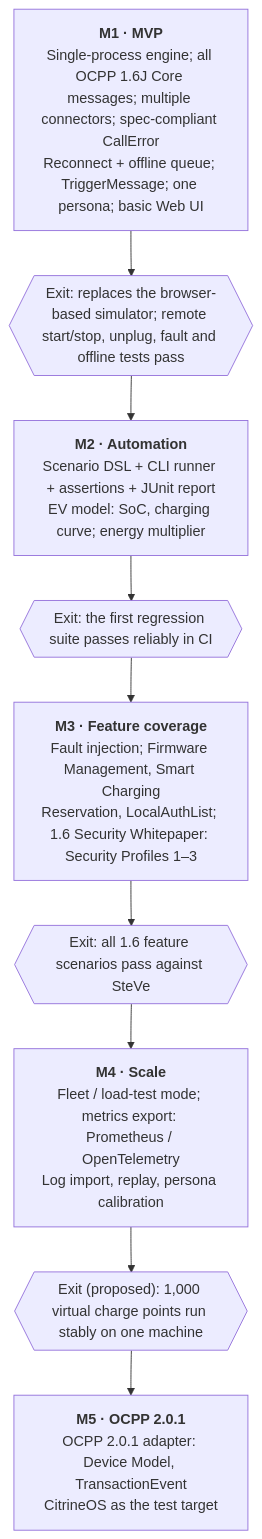
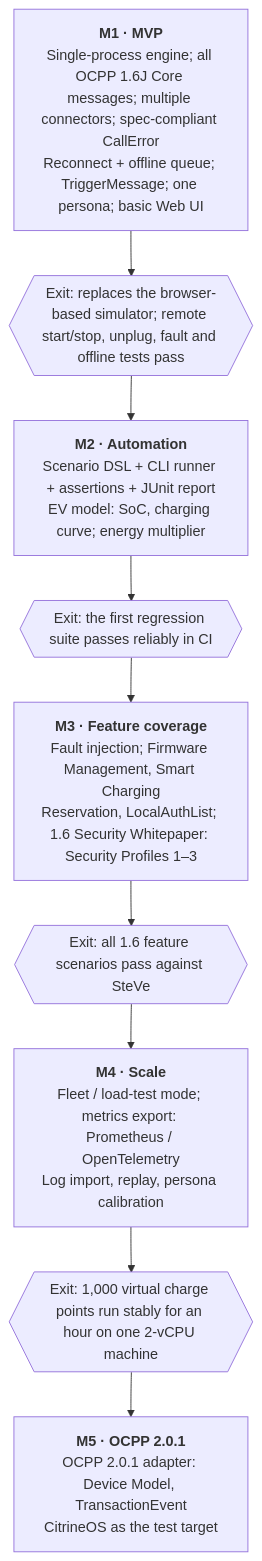
One commit to JasonKong/ocpp-mimic changed the second of 2 diagrams in docs/design.md. Above: the diagram before and after it, drawn with Mermaid. The commit also changed other lines of this file and 6 other files, not shown here.

````diff
--- a/docs/design.md
+++ b/docs/design.md
@@ -621,13 +771,13 @@
 ```mermaid
 flowchart TB
   M1["<b>M1 · MVP</b><br/>Single-process engine; all OCPP 1.6J Core messages; multiple connectors; spec-compliant CallError<br/>Reconnect + offline queue; TriggerMessage; one persona; basic Web UI"]
   G1{{"Exit: replaces the browser-based simulator; remote start/stop, unplug, fault and offline tests pass"}}
   M2["<b>M2 · Automation</b><br/>Scenario DSL + CLI runner + assertions + JUnit report<br/>EV model: SoC, charging curve; energy multiplier"]
   G2{{"Exit: the first regression suite passes reliably in CI"}}
   M3["<b>M3 · Feature coverage</b><br/>Fault injection; Firmware Management, Smart Charging<br/>Reservation, LocalAuthList; 1.6 Security Whitepaper: Security Profiles 1–3"]
   G3{{"Exit: all 1.6 feature scenarios pass against SteVe"}}
   M4["<b>M4 · Scale</b><br/>Fleet / load-test mode; metrics export: Prometheus / OpenTelemetry<br/>Log import, replay, persona calibration"]
-  G4{{"Exit (proposed): 1,000 virtual charge points run stably on one machine"}}
+  G4{{"Exit: 1,000 virtual charge points run stably for an hour on one 2-vCPU machine"}}
   M5["<b>M5 · OCPP 2.0.1</b><br/>OCPP 2.0.1 adapter: Device Model, TransactionEvent<br/>CitrineOS as the test target"]
   M1 --> G1 --> M2 --> G2 --> M3 --> G3 --> M4 --> G4 --> M5
 ```
````
